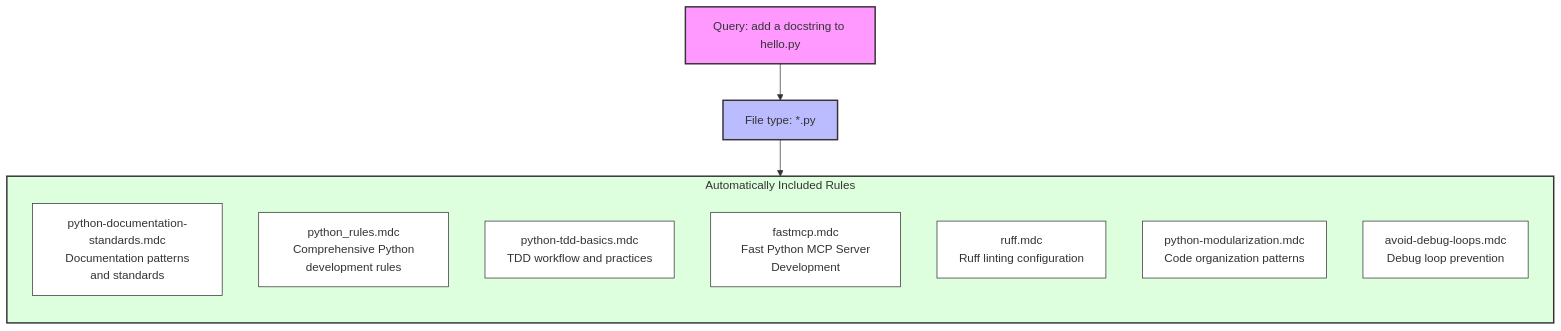
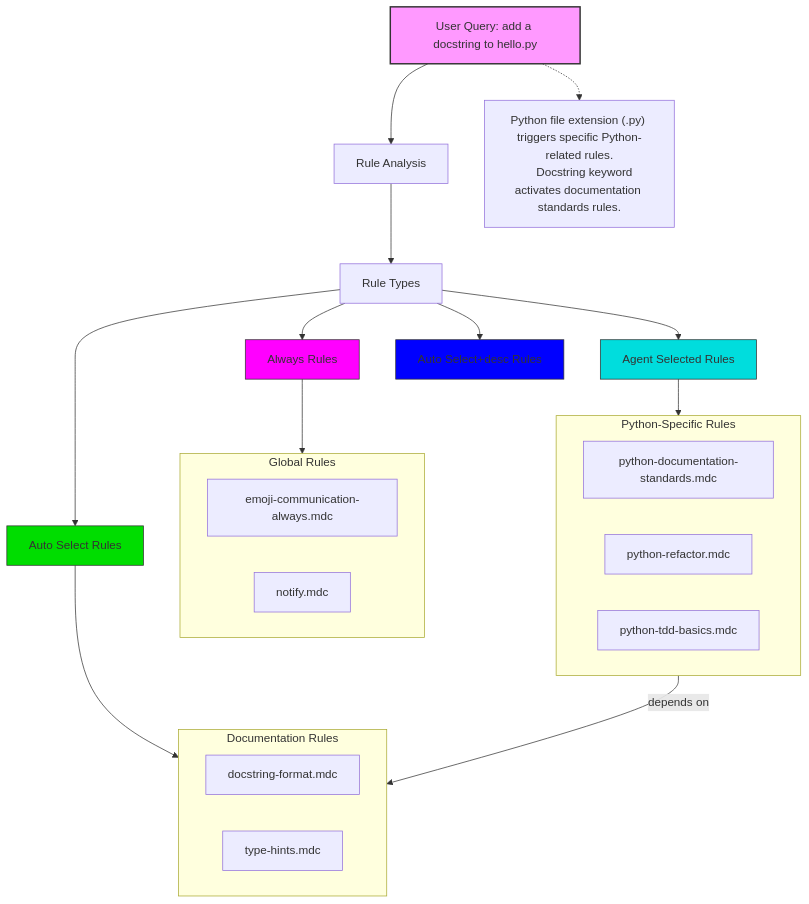
One commit to bossjones/codegen-lab changed the third of 4 diagrams in debugging_rules_mermaid.md. Above: the diagram before and after it, drawn with Mermaid. The commit also changed other lines of this file and 2 other files, not shown here.

First line of the commit message:
feat: Add cursor rules visualization and diagram generation

````diff
--- a/debugging_rules_mermaid.md
+++ b/debugging_rules_mermaid.md
@@ -1,25 +99,46 @@
 ```mermaid
 flowchart TD
-    Query["Query: add a docstring to hello.py"]
-    Query --> PyFile["File type: *.py"]
+    Query["User Query: add a docstring to hello.py"] --> Analysis["Rule Analysis"]
 
-    subgraph AutoIncludedRules["Automatically Included Rules"]
-        direction TB
-        Documentation["python-documentation-standards.mdc\n Documentation patterns and standards"]
-        PythonRules["python_rules.mdc\n Comprehensive Python development rules"]
-        TDDBasics["python-tdd-basics.mdc\n TDD workflow and practices"]
-        FastMCP["fastmcp.mdc\n Fast Python MCP Server Development"]
-        Ruff["ruff.mdc\n Ruff linting configuration"]
-        ModularRules["python-modularization.mdc\n Code organization patterns"]
-        AvoidDebug["avoid-debug-loops.mdc\n Debug loop prevention"]
+    Analysis --> RuleTypes["Rule Types"]
+
+    RuleTypes --> Always["Always Rules"]
+    RuleTypes --> AgentSelected["Agent Selected Rules"]
+    RuleTypes --> AutoSelect["Auto Select Rules"]
+    RuleTypes --> AutoSelectDesc["Auto Select+desc Rules"]
+
+    subgraph GlobalRules["Global Rules"]
+        G1["emoji-communication-always.mdc"]
+        G2["notify.mdc"]
     end
 
-    PyFile --> AutoIncludedRules
+    subgraph PythonRules["Python-Specific Rules"]
+        P1["python-documentation-standards.mdc"]
+        P2["python-refactor.mdc"]
+        P3["python-tdd-basics.mdc"]
+    end
+
+    subgraph DocRules["Documentation Rules"]
+        D1["docstring-format.mdc"]
+        D2["type-hints.mdc"]
+    end
+
+    Always --> GlobalRules
+    AgentSelected --> PythonRules
+    AutoSelect --> DocRules
+
+    PythonRules -- depends on --> DocRules
 
     style Query fill:#f9f,stroke:#333,stroke-width:2px
-    style PyFile fill:#bbf,stroke:#333,stroke-width:2px
-    style AutoIncludedRules fill:#dfd,stroke:#333,stroke-width:2px
+    style Always fill:#f0f,stroke:#333,stroke-width:1px
+    style AgentSelected fill:#0dd,stroke:#333,stroke-width:1px
+    style AutoSelect fill:#0d0,stroke:#333,stroke-width:1px
+    style AutoSelectDesc fill:#00f,stroke:#333,stroke-width:1px
 
-    classDef ruleNode fill:#fff,stroke:#333,stroke-width:1px
-    class Documentation,PythonRules,TDDBasics,FastMCP,Ruff,ModularRules,AvoidDebug ruleNode
+    classDef note fill:#fff,stroke:#333,stroke-width:1px;
+    class Note note;
+
+    Note["Python file extension (.py) triggers specific Python-related rules.
+    Docstring keyword activates documentation standards rules."]
+    Query -.-> Note
 ```
````
